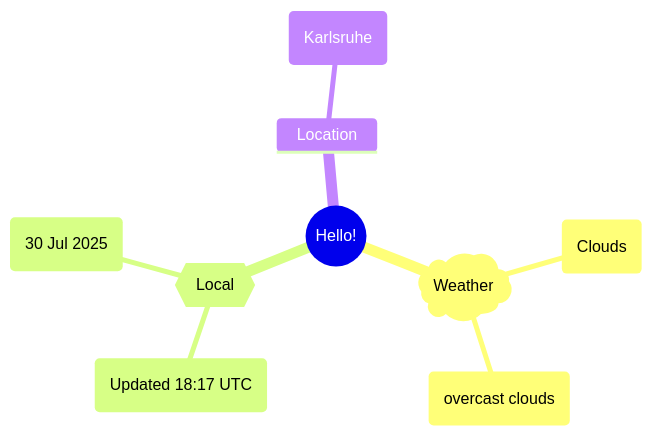
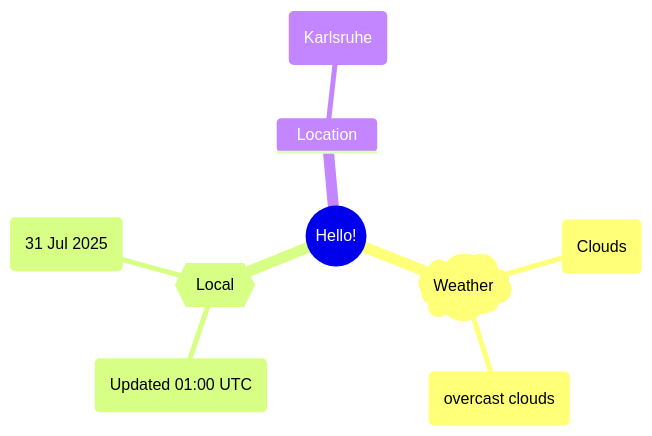
One commit to Xosrov/Xosrov changed the first of 2 diagrams in README.md. Above: the diagram before and after it, drawn with Mermaid.

Commit message:
[bot] updated images

````diff
--- a/README.md
+++ b/README.md
@@ -3,12 +3,12 @@
 ```mermaid
 mindmap
   root((Hello!))
     )Weather(
         (Clouds)
         (overcast clouds)
     {{Local}}
-        (Updated 18:17 UTC)
-        (30 Jul 2025)
+        (Updated 01:00 UTC)
+        (31 Jul 2025)
     Location
         (Karlsruhe)
 ```
````
